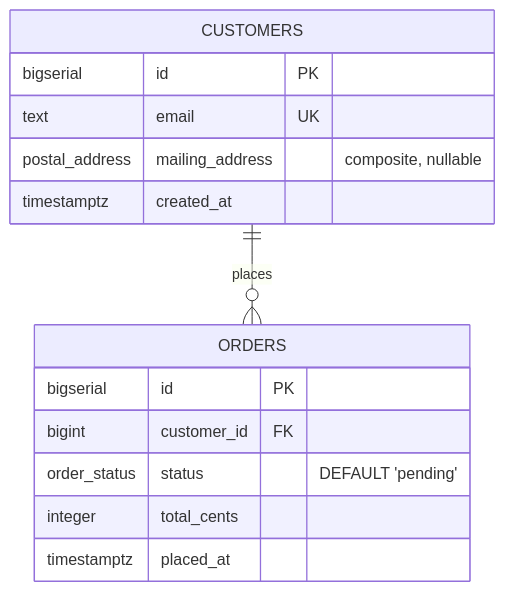
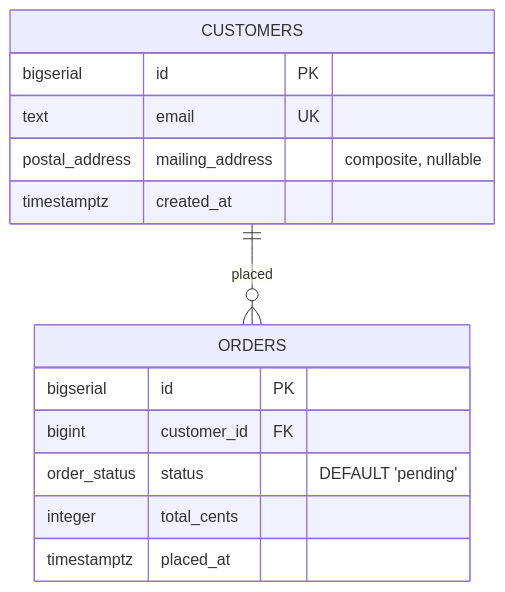
Before and after one commit to zemarsil/DatabaseVisualizer: the diagram in docs/walkthroughs/04-create-an-enum.md, drawn with Mermaid. The commit also changed other lines of this file and 43 other files, not shown here.

````diff
--- a/docs/walkthroughs/04-create-an-enum.md
+++ b/docs/walkthroughs/04-create-an-enum.md
@@ -41,17 +47,17 @@
 ```mermaid
 erDiagram
-    CUSTOMERS ||--o{ ORDERS : places
+    CUSTOMERS ||--o{ ORDERS : placed
     CUSTOMERS {
         bigserial id PK
         text email UK
         postal_address mailing_address "composite, nullable"
         timestamptz created_at
     }
     ORDERS {
         bigserial id PK
         bigint customer_id FK
         order_status status "DEFAULT 'pending'"
         integer total_cents
         timestamptz placed_at
     }
 ```
````
